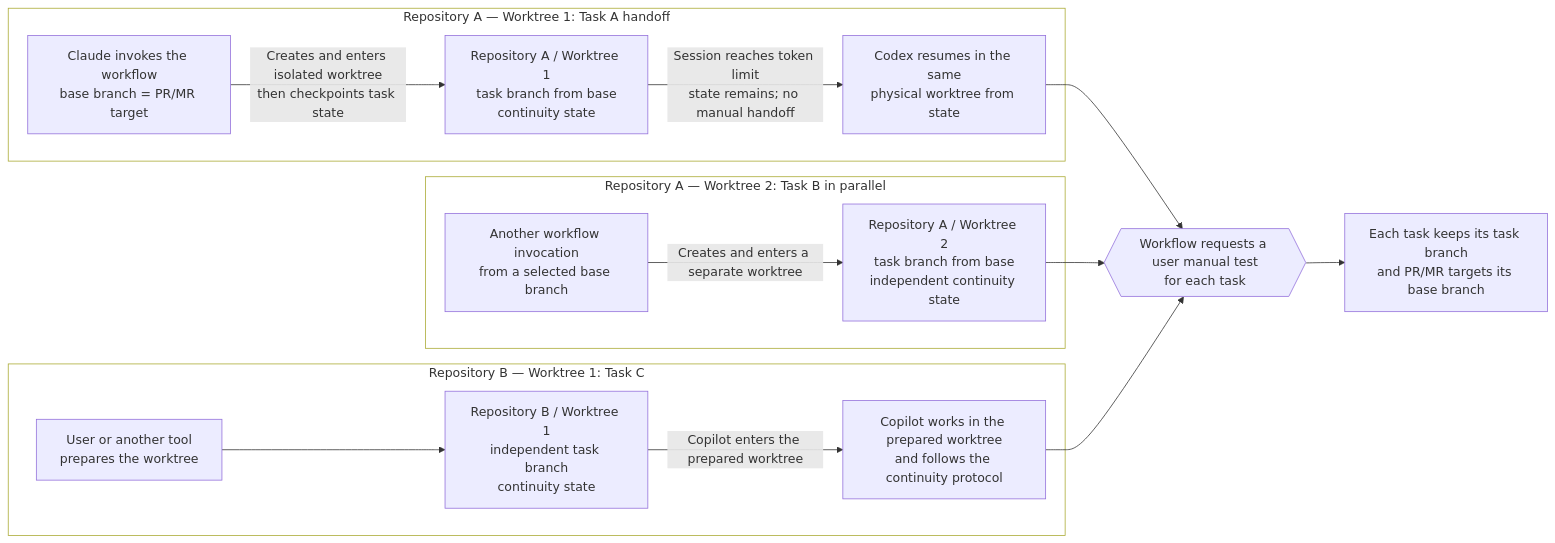
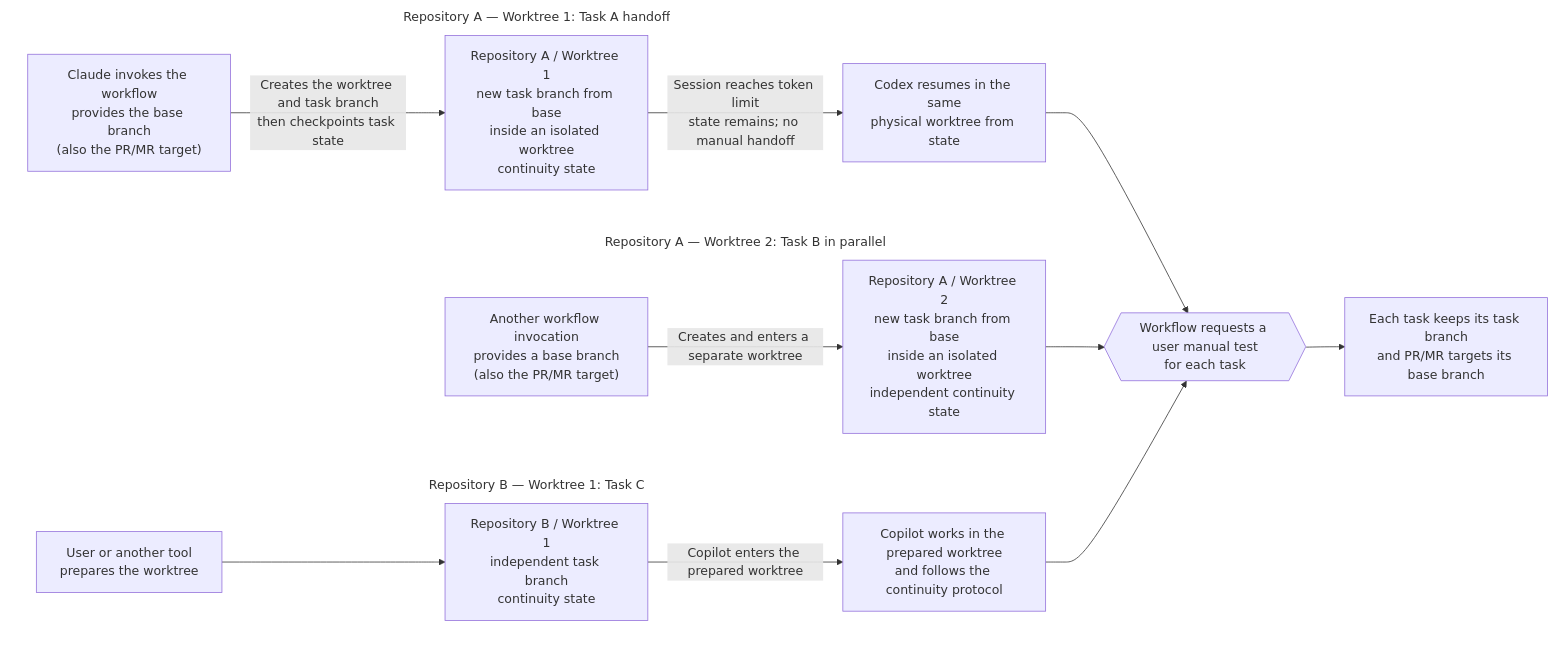
Before and after one commit to sherrilla71940/personal-agentic-dev-environment: the fourth of 4 diagrams in README.md, drawn with Mermaid. The commit also changed other lines of this file and 1 other file, not shown here.

Commit message:
docs(readme): add continuity lifecycle diagram

````diff
--- a/README.md
+++ b/README.md
@@ -353,33 +420,37 @@
 ```mermaid
 %%{init: {"themeVariables": {"clusterBkg": "transparent"}, "flowchart": {"useMaxWidth": false}}}%%
 flowchart LR
     subgraph taskA["Repository A — Worktree 1: Task A handoff"]
-        claudeA["Claude invokes the workflow<br/>base branch = PR/MR target"]
-        workA["Repository A / Worktree 1<br/>task branch from base<br/>continuity state"]
+        claudeA["Claude invokes the workflow<br/>provides the base branch<br/>(also the PR/MR target)"]
+        workA["Repository A / Worktree 1<br/>new task branch from base<br/>inside an isolated worktree<br/>continuity state"]
         codexA["Codex resumes in the same<br/>physical worktree from state"]
-        claudeA -->|"Creates and enters isolated worktree<br/>then checkpoints task state"| workA
+        claudeA -->|"Creates the worktree and task branch<br/>then checkpoints task state"| workA
         workA -->|"Session reaches token limit<br/>state remains; no manual handoff"| codexA
     end
 
     subgraph taskB["Repository A — Worktree 2: Task B in parallel"]
-        claudeB["Another workflow invocation<br/>from a selected base branch"]
-        workB["Repository A / Worktree 2<br/>task branch from base<br/>independent continuity state"]
+        claudeB["Another workflow invocation<br/>provides a base branch<br/>(also the PR/MR target)"]
+        workB["Repository A / Worktree 2<br/>new task branch from base<br/>inside an isolated worktree<br/>independent continuity state"]
         claudeB -->|"Creates and enters a separate worktree"| workB
     end
 
     subgraph taskC["Repository B — Worktree 1: Task C"]
         prepC["User or another tool<br/>prepares the worktree"]
         workC["Repository B / Worktree 1<br/>independent task branch<br/>continuity state"]
         copilotC["Copilot works in the prepared worktree<br/>and follows the continuity protocol"]
         prepC --> workC
         workC -->|"Copilot enters the prepared worktree"| copilotC
     end
 
     gate{{"Workflow requests a user manual test<br/>for each task"}}
     out["Each task keeps its task branch<br/>and PR/MR targets its base branch"]
 
     codexA --> gate
     workB --> gate
     copilotC --> gate
     gate --> out
+
+    style taskA fill:none,stroke:transparent
+    style taskB fill:none,stroke:transparent
+    style taskC fill:none,stroke:transparent
 ```
````
